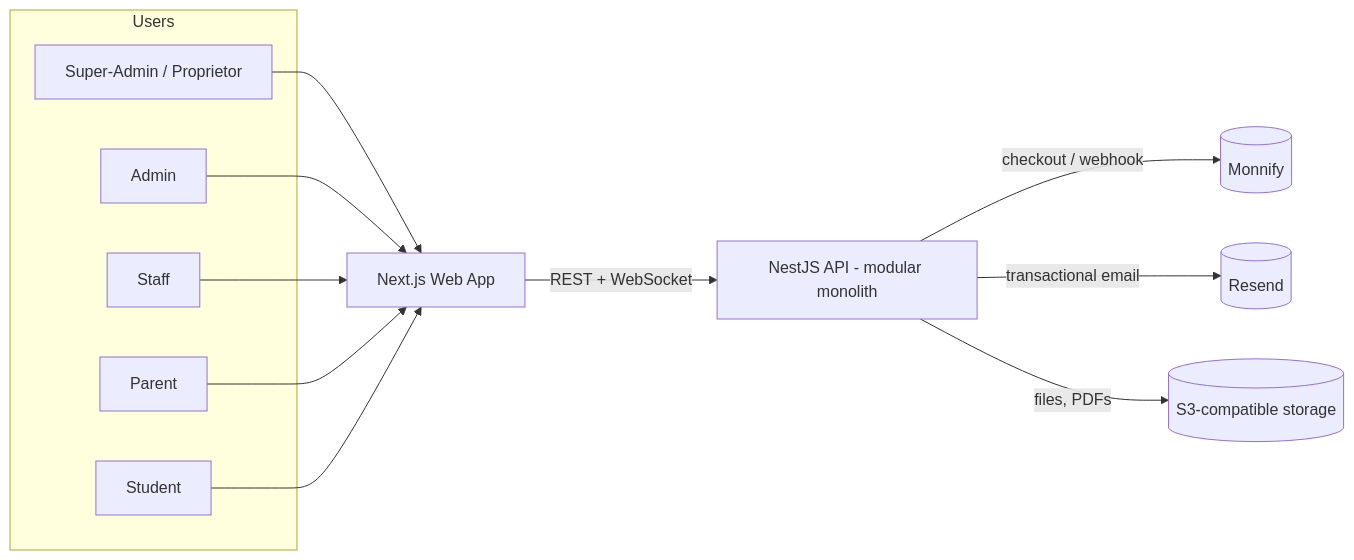
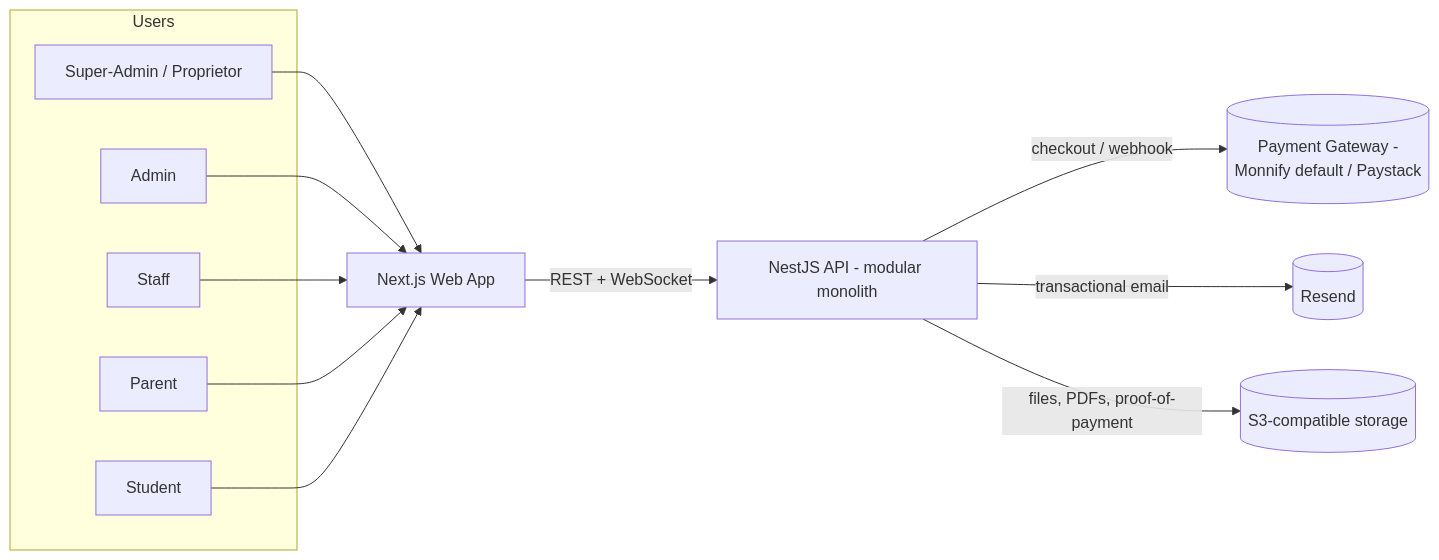
The first of 9 diagrams in docs/ARCHITECTURE.md (teeliny/school-management), drawn with Mermaid before and after one commit. The commit also changed other lines of this file and 3 other files, not shown here.

````diff
--- a/docs/ARCHITECTURE.md
+++ b/docs/ARCHITECTURE.md
@@ -19,22 +19,22 @@
 ```mermaid
 flowchart LR
     subgraph Users
         SA[Super-Admin / Proprietor]
         AD[Admin]
         ST[Staff]
         PA[Parent]
         SU[Student]
     end
 
     WEB[Next.js Web App]
     API[NestJS API - modular monolith]
-    MNF[(Monnify)]
+    PGW[(Payment Gateway -<br/>Monnify default / Paystack)]
     RSD[(Resend)]
     S3[(S3-compatible storage)]
 
     SA & AD & ST & PA & SU --> WEB
     WEB -- REST + WebSocket --> API
-    API -- checkout / webhook --> MNF
+    API -- checkout / webhook --> PGW
     API -- transactional email --> RSD
-    API -- files, PDFs --> S3
+    API -- files, PDFs, proof-of-payment --> S3
 ```
````
